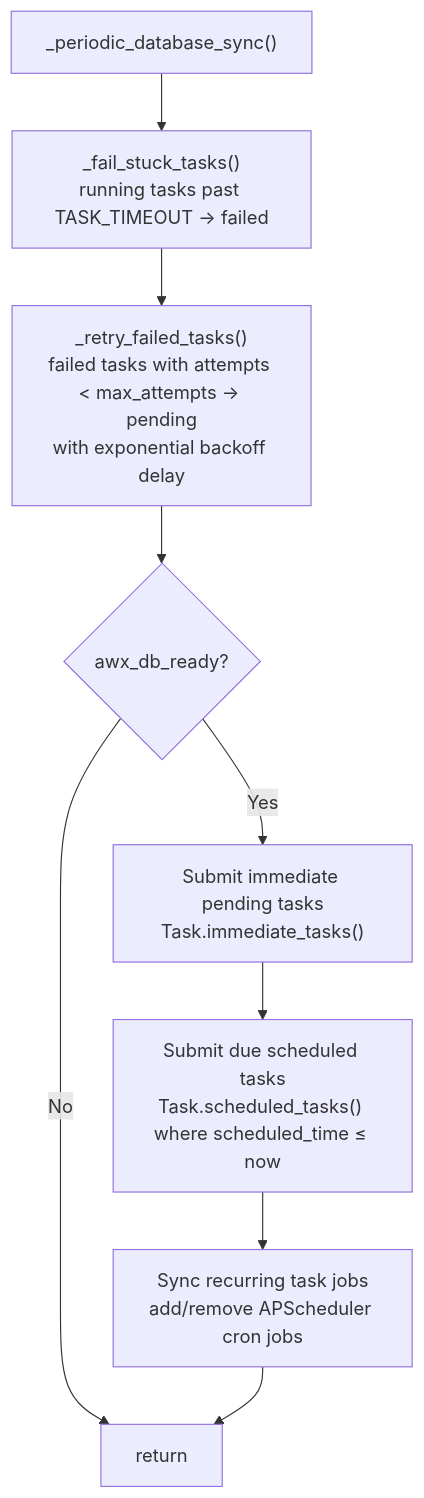
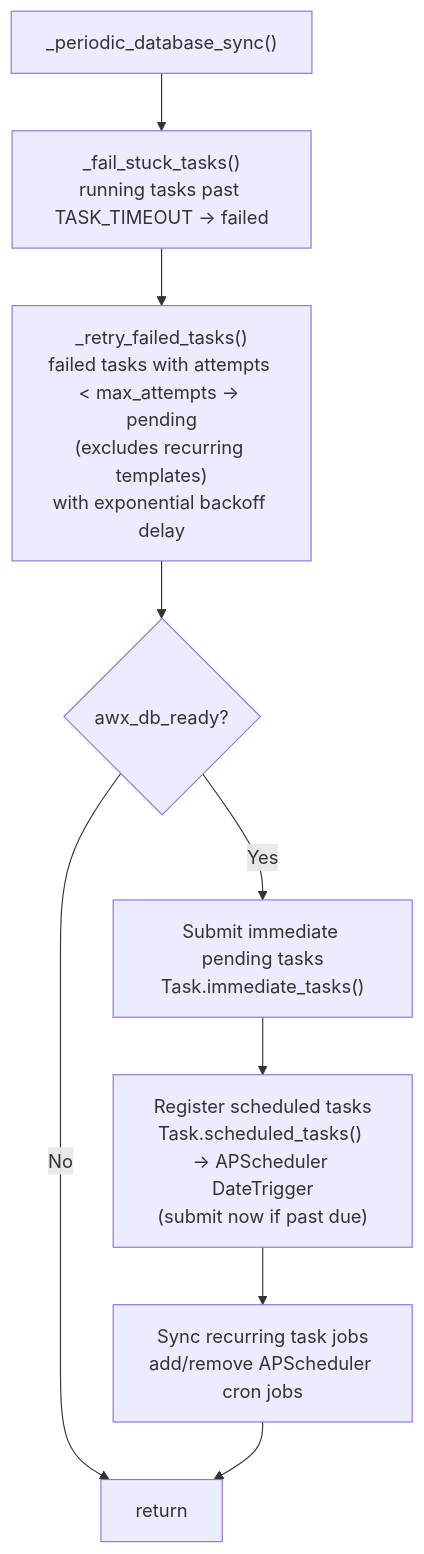
One commit to ansible/metrics-service changed the third of 4 diagrams in docs/task-state-machine.md. Above: the diagram before and after it, drawn with Mermaid. The commit also changed other lines of this file, not shown here.

First line of the commit message:
Task state machine docs - clarify task types and post-review invariants

````diff
--- a/docs/task-state-machine.md
+++ b/docs/task-state-machine.md
@@ -117,22 +166,22 @@
 ```mermaid
 flowchart TD
     Start["_periodic_database_sync()"] --> Stuck
 
     Stuck["_fail_stuck_tasks()<br/>running tasks past TASK_TIMEOUT → failed"]
     Stuck --> Retry
 
-    Retry["_retry_failed_tasks()<br/>failed tasks with attempts < max_attempts → pending<br/>with exponential backoff delay"]
+    Retry["_retry_failed_tasks()<br/>failed tasks with attempts < max_attempts → pending<br/>(excludes recurring templates)<br/>with exponential backoff delay"]
     Retry --> CheckDB{"awx_db_ready?"}
 
     CheckDB -- No --> End["return"]
     CheckDB -- Yes --> Immediate
 
     Immediate["Submit immediate pending tasks<br/>Task.immediate_tasks()"]
     Immediate --> Scheduled
 
-    Scheduled["Submit due scheduled tasks<br/>Task.scheduled_tasks() where scheduled_time ≤ now"]
+    Scheduled["Register scheduled tasks<br/>Task.scheduled_tasks() → APScheduler DateTrigger<br/>(submit now if past due)"]
     Scheduled --> Recurring
 
     Recurring["Sync recurring task jobs<br/>add/remove APScheduler cron jobs"]
     Recurring --> End
 ```
````
